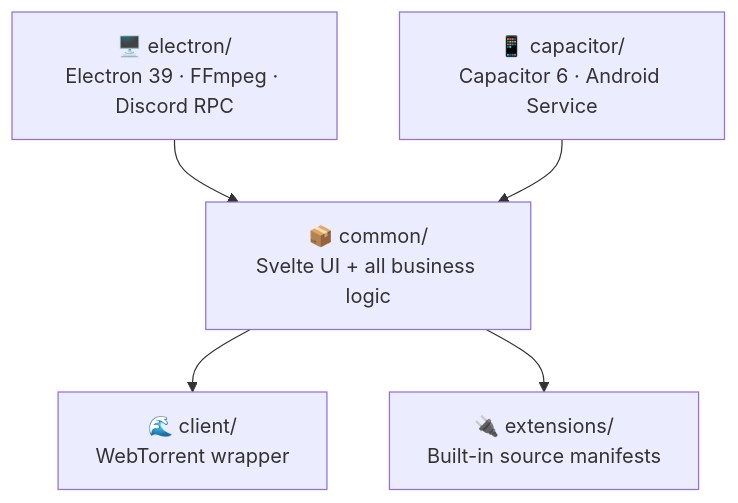
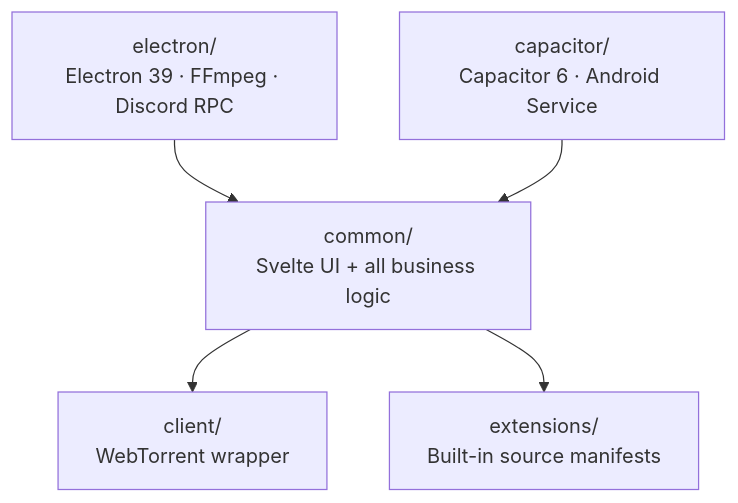
Before and after one commit to Emekalim/FroYoflix_v2: the first of 6 diagrams in README.md, drawn with Mermaid. The commit also changed other lines of this file, not shown here.

````diff
--- a/README.md
+++ b/README.md
@@ -188,13 +98,13 @@
 ```mermaid
 graph TD
-    E["🖥️ electron/\nElectron 39 · FFmpeg · Discord RPC"]
-    C["📱 capacitor/\nCapacitor 6 · Android Service"]
-    CO["📦 common/\nSvelte UI + all business logic"]
-    CL["🌊 client/\nWebTorrent wrapper"]
-    EX["🔌 extensions/\nBuilt-in source manifests"]
+    E["electron/\nElectron 39 · FFmpeg · Discord RPC"]
+    C["capacitor/\nCapacitor 6 · Android Service"]
+    CO["common/\nSvelte UI + all business logic"]
+    CL["client/\nWebTorrent wrapper"]
+    EX["extensions/\nBuilt-in source manifests"]
 
     E --> CO
     C --> CO
     CO --> CL
     CO --> EX
 ```
````
